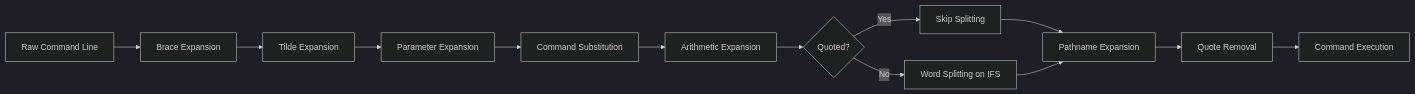
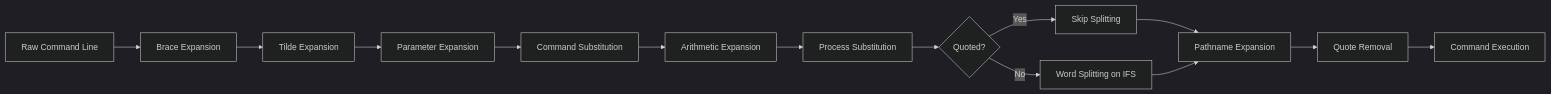
One commit to kube-dojo/kube-dojo changed the first of 2 diagrams in src/content/docs/linux/operations/shell-scripting/module-7.1-bash-fundamentals.md. Above: the diagram before and after it, drawn with Mermaid (dark theme). The commit also changed other lines of this file, not shown here.

````diff
--- a/src/content/docs/linux/operations/shell-scripting/module-7.1-bash-fundamentals.md
+++ b/src/content/docs/linux/operations/shell-scripting/module-7.1-bash-fundamentals.md
@@ -92,15 +93,16 @@
 ```mermaid
 flowchart LR
     A[Raw Command Line] --> B[Brace Expansion]
     B --> C[Tilde Expansion]
     C --> D[Parameter Expansion]
     D --> E[Command Substitution]
     E --> F[Arithmetic Expansion]
-    F --> G{Quoted?}
+    F --> P[Process Substitution]
+    P --> G{Quoted?}
     G -->|Yes| H[Skip Splitting]
     G -->|No| I[Word Splitting on IFS]
     H --> J[Pathname Expansion]
     I --> J
     J --> K[Quote Removal]
     K --> L[Command Execution]
 ```
````
